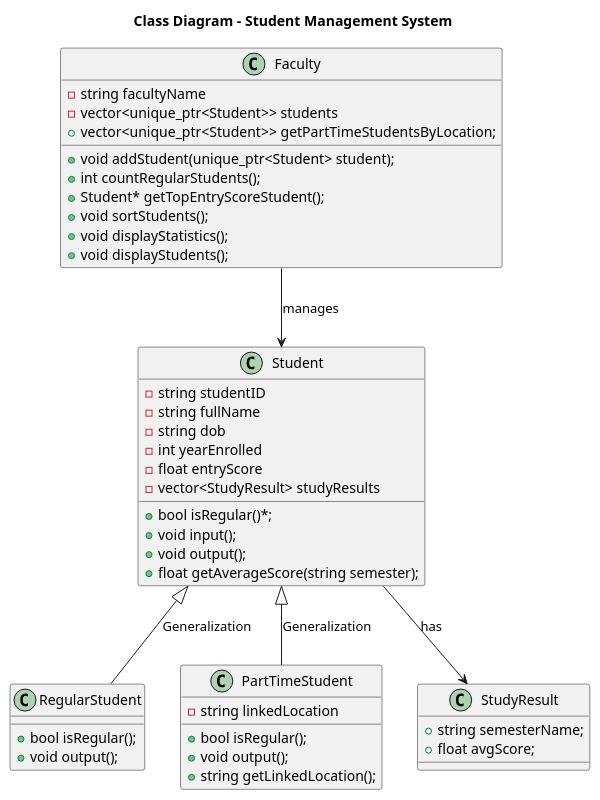
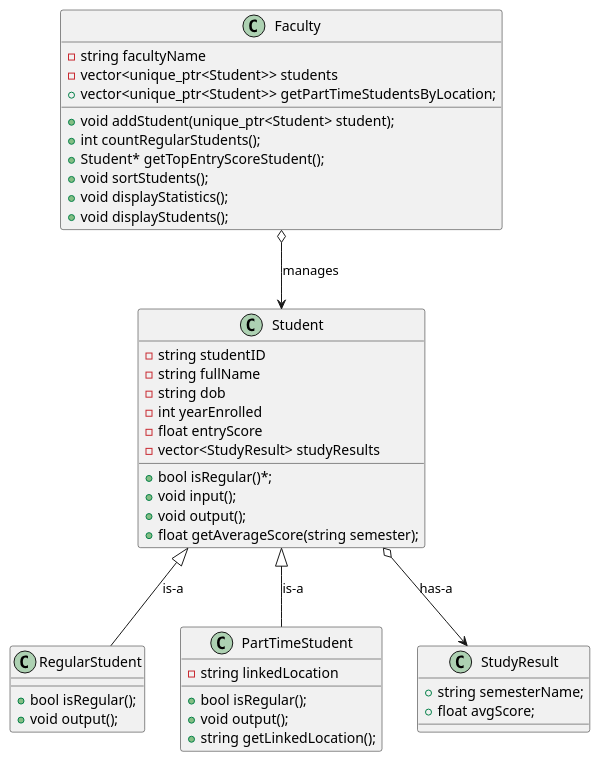
One commit to baobluebird/Basic-C-Cplusplus changed the diagram in .Assigment/OOP/ex15/diagram/diagram.wsd. Above: the diagram before and after it, drawn with PlantUML. The commit also changed 36 other files, not shown here.

```diff
--- a/.Assigment/OOP/ex15/diagram/diagram.wsd
+++ b/.Assigment/OOP/ex15/diagram/diagram.wsd
@@ -1,50 +1,49 @@
 @startuml
-title Class Diagram - Student Management System
 
 class Student {
     - string studentID
     - string fullName
     - string dob
     - int yearEnrolled
     - float entryScore
     - vector<StudyResult> studyResults
     + bool isRegular()*;
     + void input();
     + void output();
     + float getAverageScore(string semester);
 }
 
 class RegularStudent {
     + bool isRegular();
     + void output();
 }
 
 class PartTimeStudent {
     - string linkedLocation
     + bool isRegular();
     + void output();
     + string getLinkedLocation();
 }
 
 class StudyResult {
     + string semesterName;
     + float avgScore;
 }
 
 class Faculty {
     - string facultyName
     - vector<unique_ptr<Student>> students
     + void addStudent(unique_ptr<Student> student);
     + int countRegularStudents();
     + Student* getTopEntryScoreStudent();
     + vector<unique_ptr<Student>> getPartTimeStudentsByLocation;
     + void sortStudents();
     + void displayStatistics();
     + void displayStudents();
 }
 
-Student <|-- RegularStudent : Generalization 
-Student <|-- PartTimeStudent : Generalization 
-Student --> StudyResult : has
-Faculty --> Student : manages
+Student <|-- RegularStudent : is-a
+Student <|-- PartTimeStudent : is-a
+Student o--> StudyResult : has-a
+Faculty o--> Student : manages
 @enduml
```
